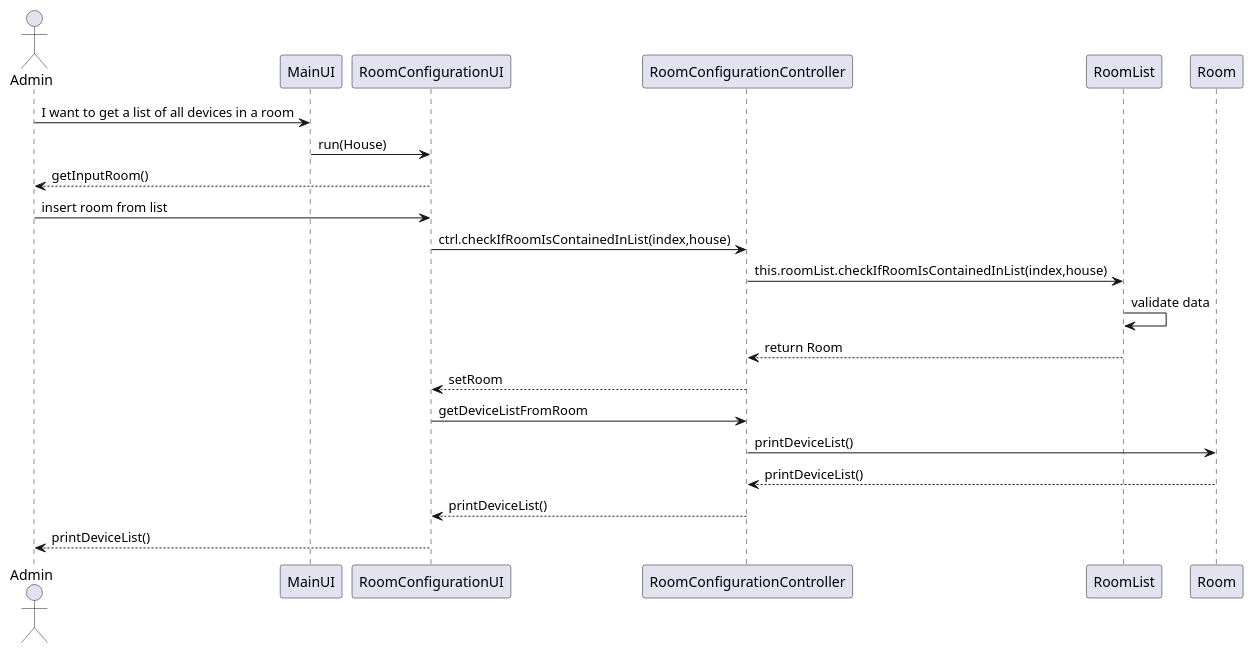
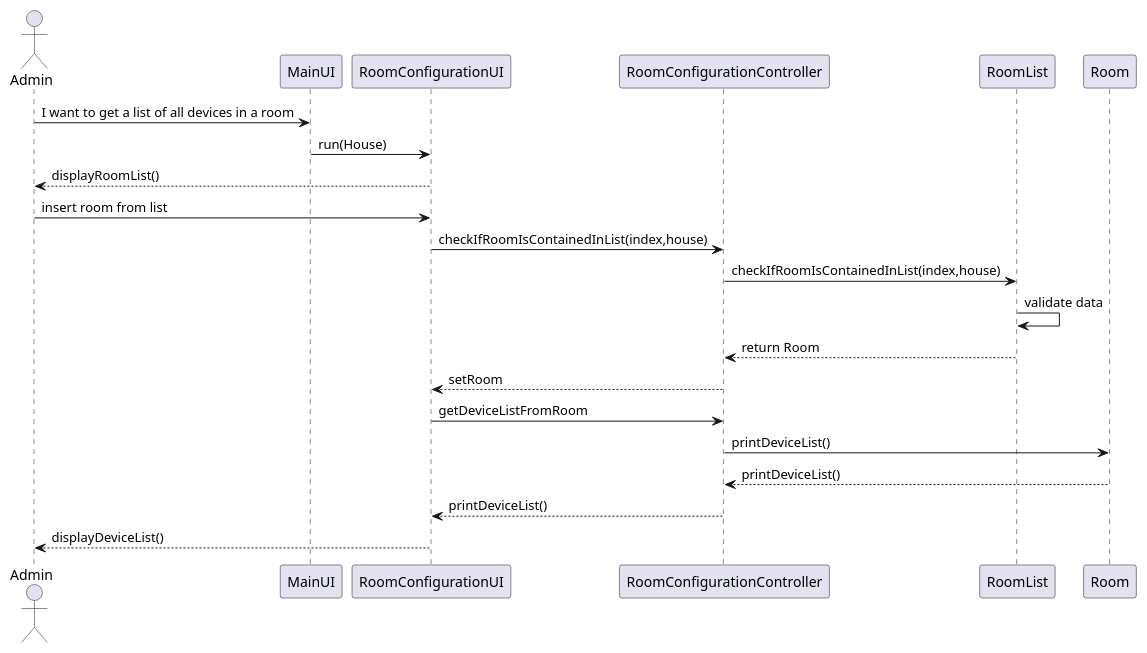
One commit to Almadanmp/project changed the diagram in uml/US201.puml. Above: the diagram before and after it, drawn with PlantUML.

Commit message:
Uml for US201 bettered.

```diff
--- a/uml/US201.puml
+++ b/uml/US201.puml
@@ -1,17 +1,17 @@
 @startuml
 actor Admin
 Admin -> MainUI: I want to get a list of all devices in a room
 MainUI -> RoomConfigurationUI: run(House)
-RoomConfigurationUI --> Admin: getInputRoom()
+RoomConfigurationUI --> Admin: displayRoomList()
 Admin ->RoomConfigurationUI: insert room from list
-RoomConfigurationUI->RoomConfigurationController: ctrl.checkIfRoomIsContainedInList(index,house)
-RoomConfigurationController->RoomList:this.roomList.checkIfRoomIsContainedInList(index,house)
+RoomConfigurationUI->RoomConfigurationController: checkIfRoomIsContainedInList(index,house)
+RoomConfigurationController->RoomList:checkIfRoomIsContainedInList(index,house)
 RoomList->RoomList:validate data
 RoomList-->RoomConfigurationController:return Room
 RoomConfigurationController-->RoomConfigurationUI: setRoom
 RoomConfigurationUI->RoomConfigurationController: getDeviceListFromRoom
 RoomConfigurationController->Room: printDeviceList()
 Room-->RoomConfigurationController:printDeviceList()
 RoomConfigurationController-->RoomConfigurationUI:printDeviceList()
-RoomConfigurationUI-->Admin:printDeviceList()
+RoomConfigurationUI-->Admin:displayDeviceList()
 @enduml
```
